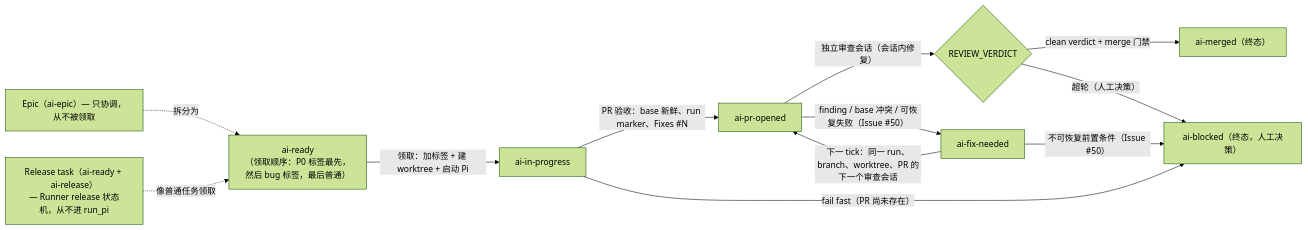
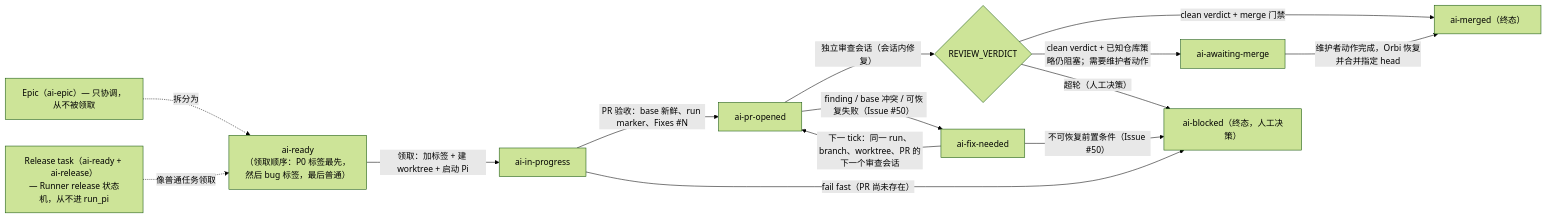
One commit to orbi-build/orbi changed the diagram in docs/zh/workflow.mdx. Above: the diagram before and after it, drawn with Mermaid (forest theme). The commit also changed other lines of this file and 2 other files, not shown here.

Commit message:
docs: show all delivery states

````diff
--- a/docs/zh/workflow.mdx
+++ b/docs/zh/workflow.mdx
@@ -28,17 +28,19 @@
 ```mermaid
 flowchart LR
   epic["Epic（ai-epic）— 只协调，从不被领取"]
   epic -.拆分为.-> ready
   release["Release task（ai-ready + ai-release）<br/>— Runner release 状态机，从不进 run_pi"]
   release -.像普通任务领取.-> ready
   ready["ai-ready<br/>（领取顺序：P0 标签最先，然后 bug 标签，最后普通）"]
   ready -->|领取：加标签 + 建 worktree + 启动 Pi| progress["ai-in-progress"]
   progress -->|PR 验收：base 新鲜、run marker、Fixes #N| opened["ai-pr-opened"]
   opened -->|独立审查会话（会话内修复）| verdict{"REVIEW_VERDICT"}
   verdict -->|clean verdict + merge 门禁| merged["ai-merged（终态）"]
+  verdict -->|clean verdict + 已知仓库策略仍阻塞；需要维护者动作| awaiting["ai-awaiting-merge"]
+  awaiting -->|维护者动作完成，Orbi 恢复并合并指定 head| merged
   verdict -->|超轮（人工决策）| blocked["ai-blocked（终态，人工决策）"]
   opened -->|finding / base 冲突 / 可恢复失败（Issue #50）| fixneeded["ai-fix-needed"]
   fixneeded -->|下一 tick：同一 run、branch、worktree、PR 的下一个审查会话| opened
   fixneeded -->|不可恢复前置条件（Issue #50）| blocked
   progress -->|fail fast（PR 尚未存在）| blocked
 ```
````
